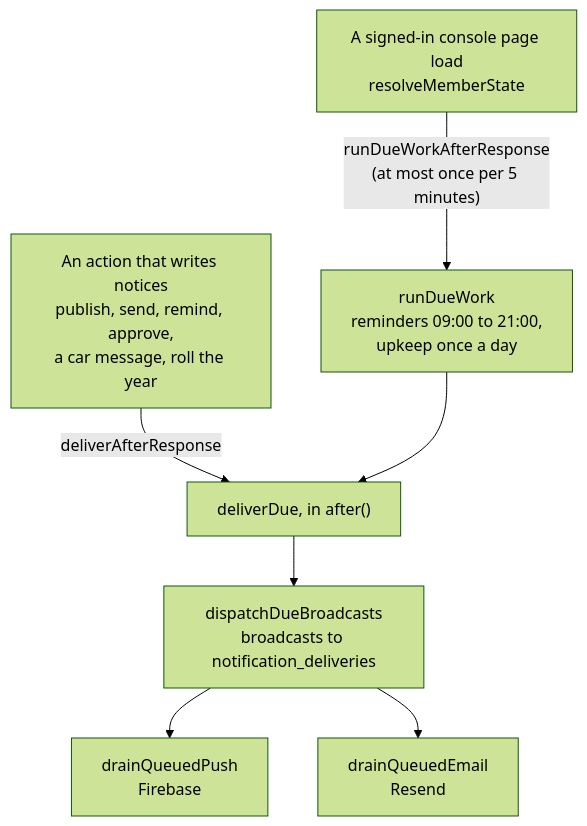
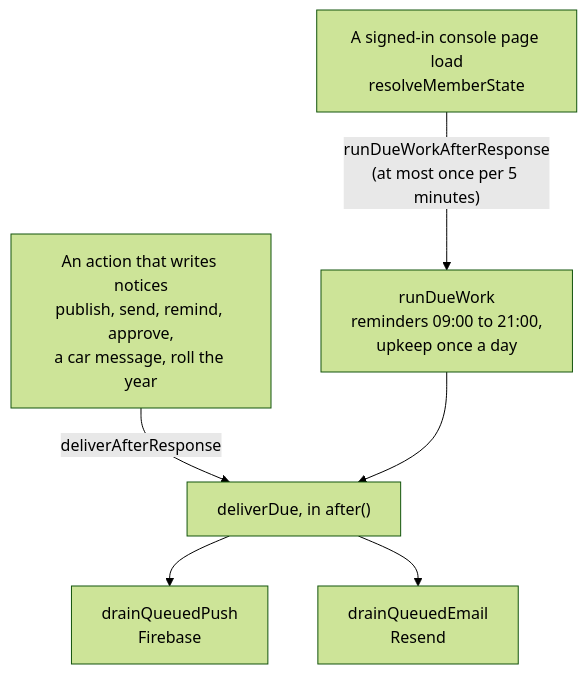
Before and after one commit to RyRy79261/camp-404: the sixth of 6 diagrams in docs/architecture.md, drawn with Mermaid (forest theme). The commit also changed other lines of this file and 45 other files, not shown here.

````diff
--- a/docs/architecture.md
+++ b/docs/architecture.md
@@ -188,11 +188,10 @@
 ```mermaid
 flowchart TD
   act["An action that writes notices<br/>publish, send, remind, approve,<br/>a car message, roll the year"]
   load["A signed-in console page load<br/>resolveMemberState"]
   act -- deliverAfterResponse --> due
   load -- "runDueWorkAfterResponse<br/>(at most once per 5 minutes)" --> work
   work["runDueWork<br/>reminders 09:00 to 21:00,<br/>upkeep once a day"] --> due
-  due["deliverDue, in after()"] --> fan["dispatchDueBroadcasts<br/>broadcasts to notification_deliveries"]
-  fan --> push["drainQueuedPush<br/>Firebase"]
-  fan --> mail["drainQueuedEmail<br/>Resend"]
+  due["deliverDue, in after()"] --> push["drainQueuedPush<br/>Firebase"]
+  due --> mail["drainQueuedEmail<br/>Resend"]
 ```
````
